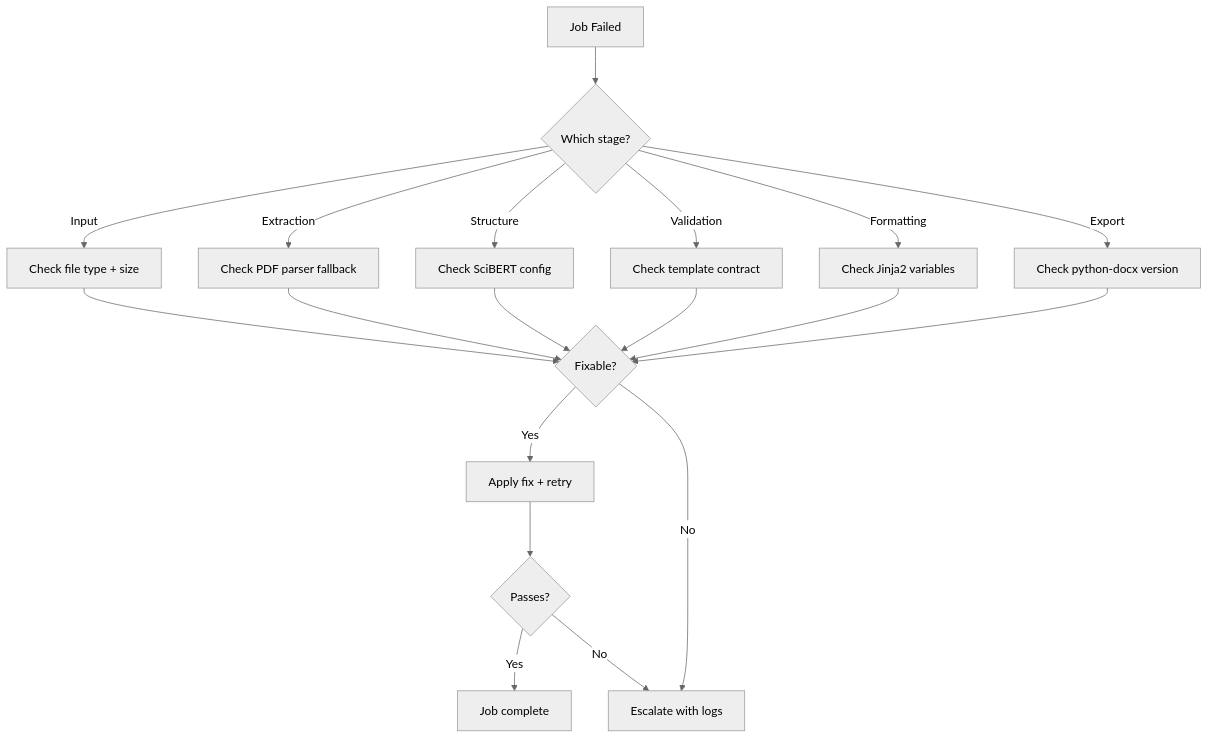
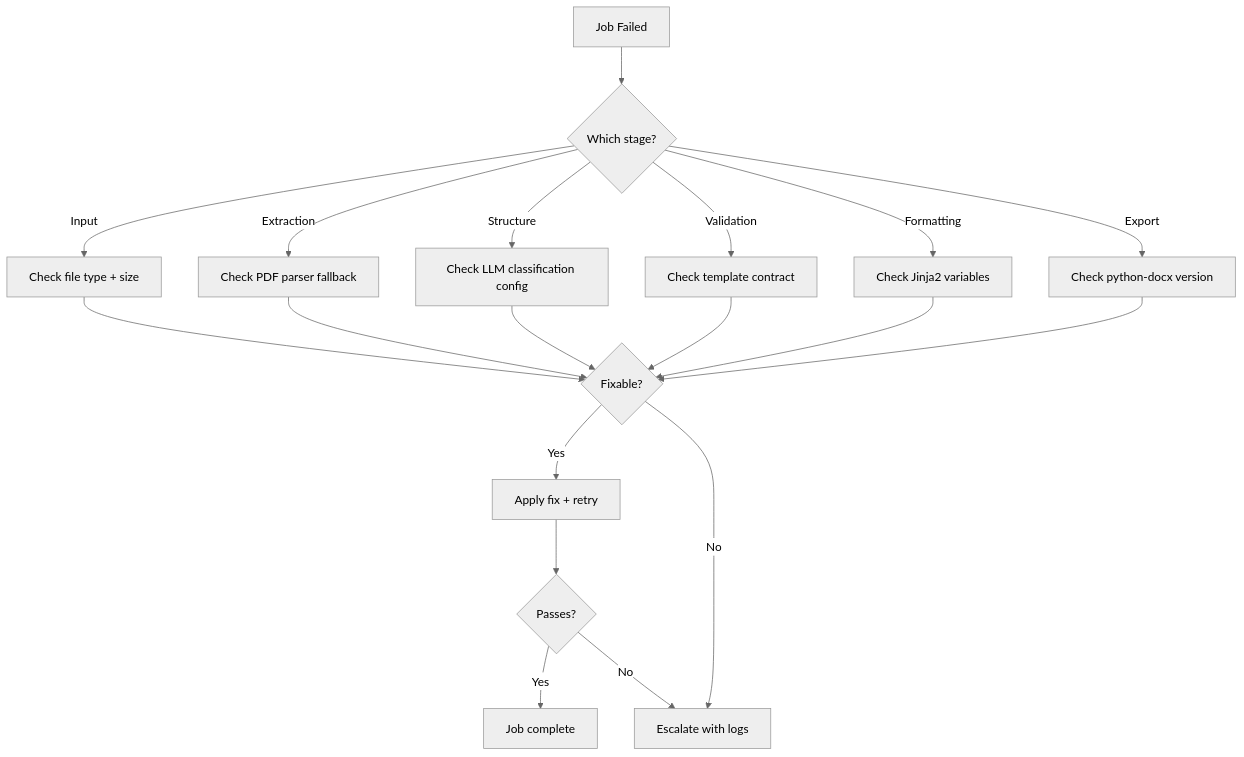
The diagram in .docs/skills/pipeline-debug.md (rohitkumarnaidu/ScholarFormAI), drawn with Mermaid (neutral theme) before and after one commit. The commit also changed other lines of this file and 6 other files, not shown here.

````diff
--- a/.docs/skills/pipeline-debug.md
+++ b/.docs/skills/pipeline-debug.md
@@ -63,21 +63,21 @@
 ```mermaid
 flowchart TD
     A["Job Failed"] --> B{"Which stage?"}
     B -->|"Input"| C["Check file type + size"]
     B -->|"Extraction"| D["Check PDF parser fallback"]
-    B -->|"Structure"| E["Check SciBERT config"]
+    B -->|"Structure"| E["Check LLM classification config"]
     B -->|"Validation"| F["Check template contract"]
     B -->|"Formatting"| G["Check Jinja2 variables"]
     B -->|"Export"| H["Check python-docx version"]
     C --> I{"Fixable?"}
     D --> I
     E --> I
     F --> I
     G --> I
     H --> I
     I -->|"Yes"| J["Apply fix + retry"]
     I -->|"No"| K["Escalate with logs"]
     J --> L{"Passes?"}
     L -->|"Yes"| M["Job complete"]
     L -->|"No"| K
 ```
````
